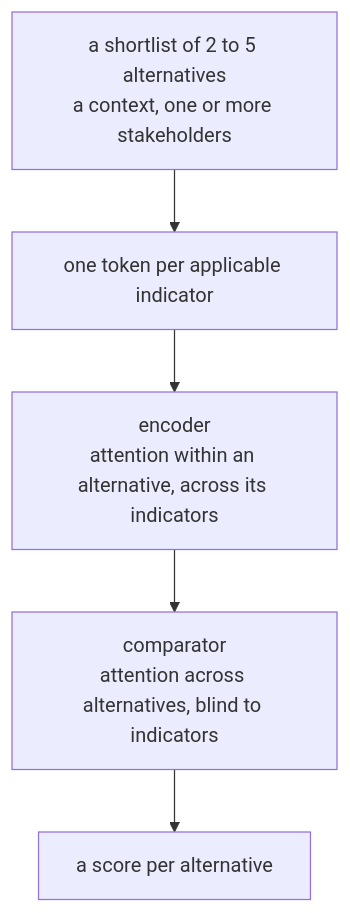
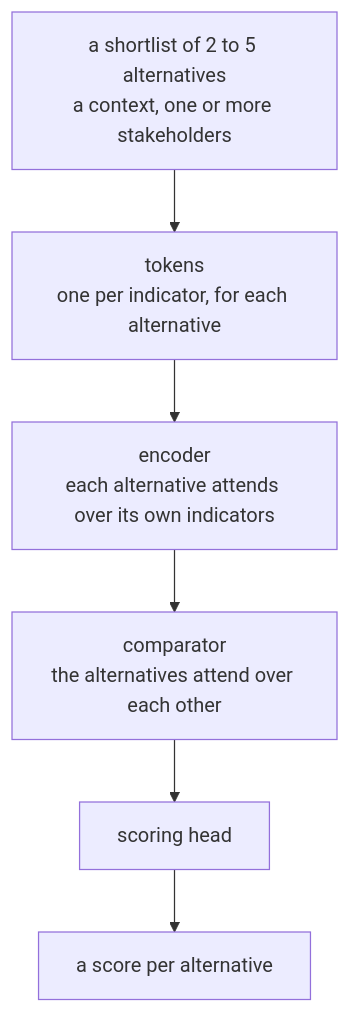
One commit to eirasroger/context-adaptive-product-recommender changed the first of 2 diagrams in README.md. Above: the diagram before and after it, drawn with Mermaid. The commit also changed other lines of this file, not shown here.

````diff
--- a/README.md
+++ b/README.md
@@ -29,9 +97,10 @@
 ```mermaid
 flowchart TD
   IN["a shortlist of 2 to 5 alternatives<br/>a context, one or more stakeholders"]
-  TOK["one token per applicable indicator"]
-  ENC["encoder<br/>attention within an alternative, across its indicators"]
-  CMP["comparator<br/>attention across alternatives, blind to indicators"]
+  TOK["tokens<br/>one per indicator, for each alternative"]
+  ENC["encoder<br/>each alternative attends over its own indicators"]
+  CMP["comparator<br/>the alternatives attend over each other"]
+  HEAD["scoring head"]
   OUT["a score per alternative"]
-  IN --> TOK --> ENC --> CMP --> OUT
+  IN --> TOK --> ENC --> CMP --> HEAD --> OUT
 ```
````
